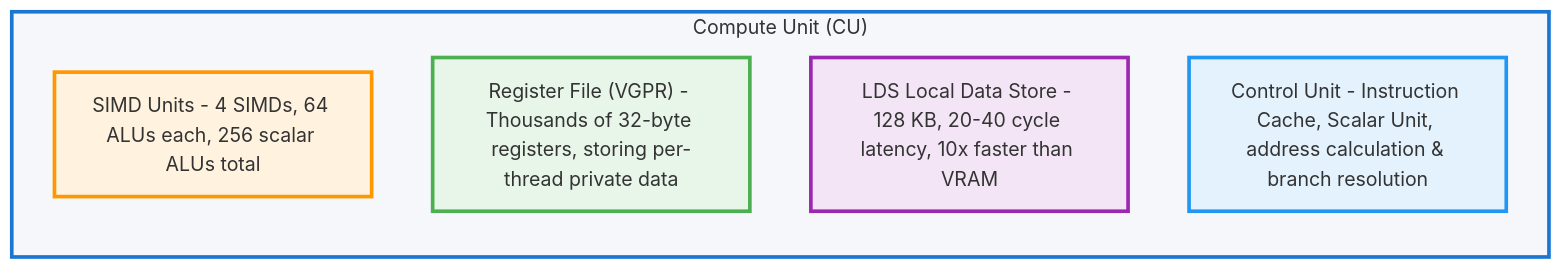
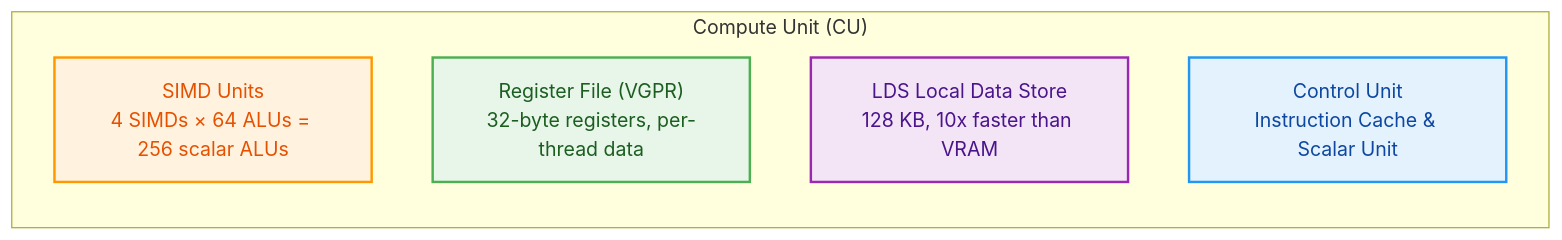
The second of 2 diagrams in docs/en/03-infra/decode-ai-accelerator.md (datawhalechina/hello-rocm), drawn with Mermaid before and after one commit. The commit also changed other lines of this file and 12 other files, not shown here.

````diff
--- a/docs/en/03-infra/decode-ai-accelerator.md
+++ b/docs/en/03-infra/decode-ai-accelerator.md
@@ -1052,16 +1047,20 @@
 ```mermaid
 graph TB
     subgraph CU["Compute Unit (CU)"]
         direction TB
-        SIMD["SIMD Units - 4 SIMDs, 64 ALUs each, 256 scalar ALUs total"]
-        REG["Register File (VGPR) - Thousands of 32-byte registers, storing per-thread private data"]
-        LDS["LDS Local Data Store - 128 KB, 20-40 cycle latency, 10x faster than VRAM"]
-        CTRL["Control Unit - Instruction Cache, Scalar Unit, address calculation & branch resolution"]
+        SIMD["SIMD Units<br/>4 SIMDs × 64 ALUs = 256 scalar ALUs"]
+        REG["Register File (VGPR)<br/>32-byte registers, per-thread data"]
+        LDS["LDS Local Data Store<br/>128 KB, 10x faster than VRAM"]
+        CTRL["Control Unit<br/>Instruction Cache & Scalar Unit"]
     end
 
-    style SIMD fill:#fff3e0,stroke:#ff9800,stroke-width:3px
-    style REG fill:#e8f5e9,stroke:#4caf50,stroke-width:3px
-    style LDS fill:#f3e5f5,stroke:#9c27b0,stroke-width:3px
-    style CTRL fill:#e3f2fd,stroke:#2196f3,stroke-width:3px
-    style CU fill:#f5f7fa,stroke:#1976d2,stroke-width:3px
+    classDef layer-compute fill:#fff3e0,stroke:#ff9800,stroke-width:2px,color:#e65100
+    classDef layer-framework fill:#e8f5e9,stroke:#4caf50,stroke-width:2px,color:#1b5e20
+    classDef layer-library fill:#f3e5f5,stroke:#9c27b0,stroke-width:2px,color:#4a148c
+    classDef layer-interface fill:#e3f2fd,stroke:#2196f3,stroke-width:2px,color:#0d47a1
+
+    class SIMD layer-compute
+    class REG layer-framework
+    class LDS layer-library
+    class CTRL layer-interface
 ```
````
